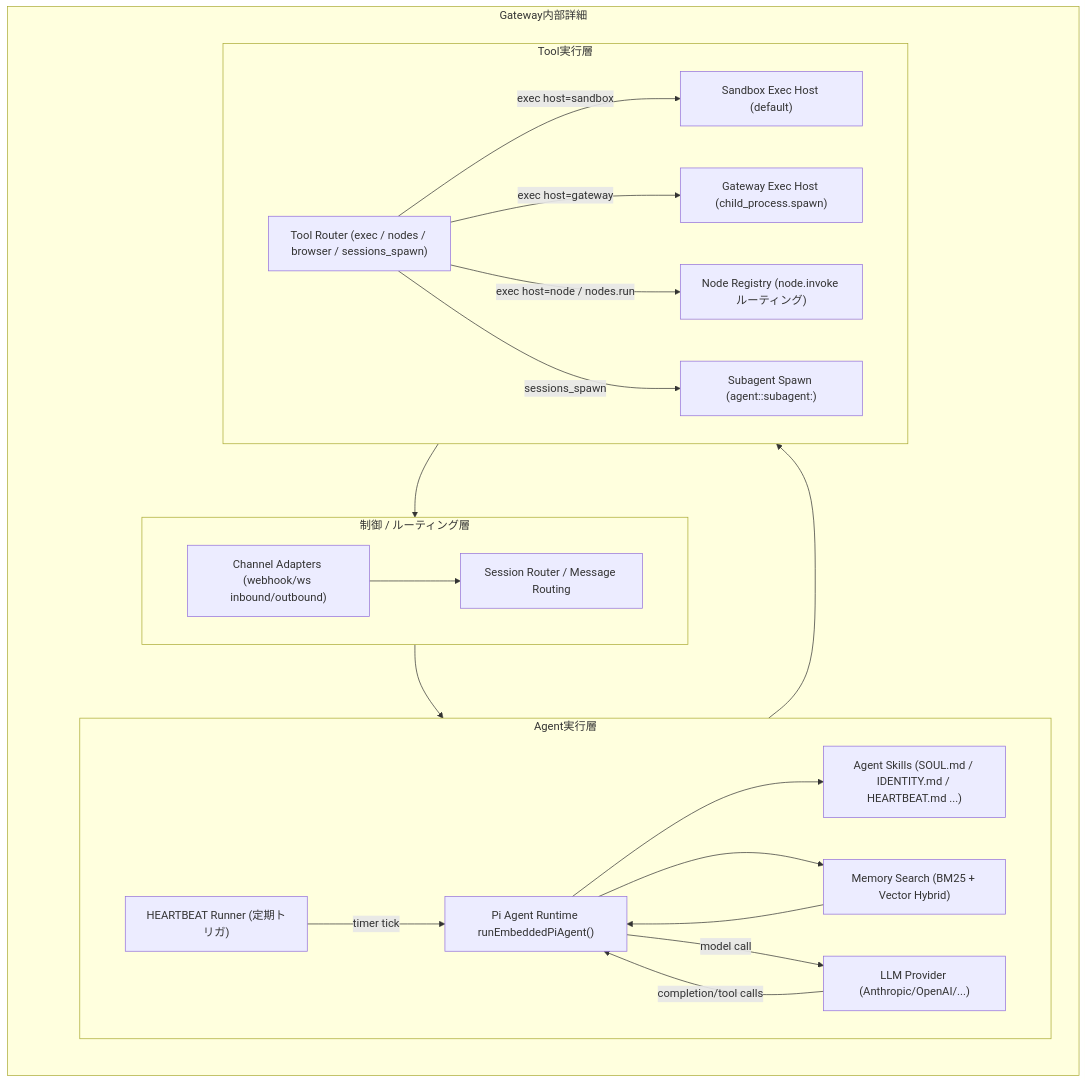
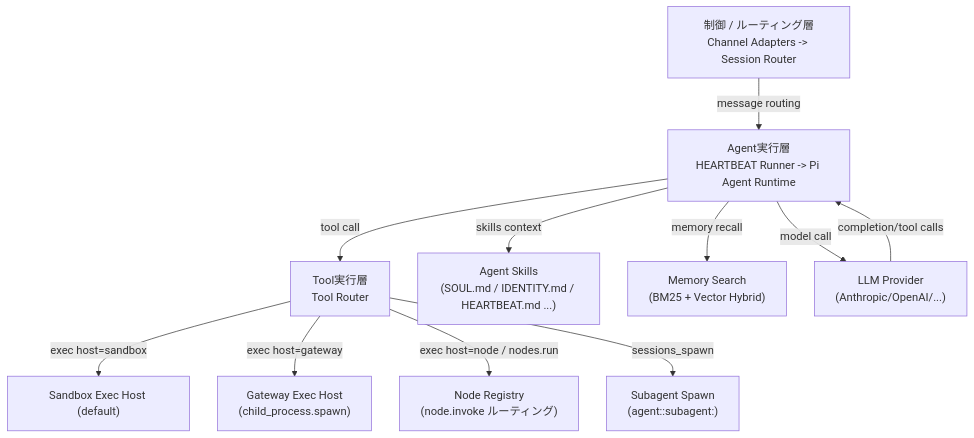
The second of 2 diagrams in doc/openclaw/architecture2.md (masahide/adjutant), drawn with Mermaid before and after one commit. The commit also changed other lines of this file, not shown here.

Commit message:
feat: Mermaid図の修正とエージェント実行層の詳細を整理

````diff
--- a/doc/openclaw/architecture2.md
+++ b/doc/openclaw/architecture2.md
@@ -86,51 +86,32 @@
 ```mermaid
 %%{init:{
-  "flowchart":{"htmlLabels":true,"useMaxWidth":true,"nodeSpacing":60,"rankSpacing":80},
-  "themeCSS":".cluster .nodeLabel{white-space:nowrap;} .node .nodeLabel{white-space:normal;}"
+  "flowchart":{"htmlLabels":true,"useMaxWidth":true,"nodeSpacing":40,"rankSpacing":50},
+  "themeCSS":".cluster .nodeLabel{white-space:nowrap;} .node .nodeLabel{white-space:nowrap;}"
 }}%%
 flowchart TD
-  subgraph Gateway["Gateway内部詳細"]
-    direction TB
+  Control["制御 / ルーティング層<br/>Channel Adapters -> Session Router"]
+  Agent["Agent実行層<br/>HEARTBEAT Runner -> Pi Agent Runtime"]
+  Tools["Tool実行層<br/>Tool Router"]
 
-    subgraph GControl["制御 / ルーティング層"]
-      direction LR
-      ChannelAdapters["Channel Adapters (webhook/ws inbound/outbound)"]
-      SessionRouter["Session Router / Message Routing"]
-    end
+  Control -->|message routing| Agent
+  Agent -->|tool call| Tools
 
-    subgraph GAgent["Agent実行層"]
-      direction LR
-      Heartbeat["HEARTBEAT Runner (定期トリガ)"]
-      AgentRuntime["Pi Agent Runtime runEmbeddedPiAgent()"]
-      Skills["Agent Skills (SOUL.md / IDENTITY.md / HEARTBEAT.md ...)"]
-      MemorySearch["Memory Search (BM25 + Vector Hybrid)"]
-      LLM["LLM Provider (Anthropic/OpenAI/...)"]
-    end
+  Skills["Agent Skills<br/>(SOUL.md / IDENTITY.md / HEARTBEAT.md ...)"]
+  MemorySearch["Memory Search<br/>(BM25 + Vector Hybrid)"]
+  LLM["LLM Provider<br/>(Anthropic/OpenAI/...)"]
 
-    subgraph GTools["Tool実行層"]
-      direction LR
-      ToolRouter["Tool Router (exec / nodes / browser / sessions_spawn)"]
-      SandboxExec["Sandbox Exec Host (default)"]
-      GatewayExec["Gateway Exec Host (child_process.spawn)"]
-      NodeRegistry["Node Registry (node.invoke ルーティング)"]
-      Subagent["Subagent Spawn (agent:<id>:subagent:<uuid>)"]
-    end
-  end
+  Agent -->|skills context| Skills
+  Agent -->|memory recall| MemorySearch
+  Agent -->|model call| LLM
+  LLM -->|completion/tool calls| Agent
 
-  ChannelAdapters --> SessionRouter
-  SessionRouter --> AgentRuntime
-  Heartbeat -->|timer tick| AgentRuntime
+  SandboxExec["Sandbox Exec Host (default)"]
+  GatewayExec["Gateway Exec Host<br/>(child_process.spawn)"]
+  NodeRegistry["Node Registry<br/>(node.invoke ルーティング)"]
+  Subagent["Subagent Spawn<br/>(agent:<id>:subagent:<uuid>)"]
 
-  AgentRuntime --> Skills
-  AgentRuntime --> MemorySearch
-  MemorySearch --> AgentRuntime
-  AgentRuntime -->|model call| LLM
-  LLM -->|completion/tool calls| AgentRuntime
-
-  AgentRuntime --> ToolRouter
-  ToolRouter -->|exec host=sandbox| SandboxExec
-  ToolRouter -->|exec host=gateway| GatewayExec
-  ToolRouter -->|exec host=node / nodes.run| NodeRegistry
-  ToolRouter -->|sessions_spawn| Subagent
-  Subagent --> SessionRouter
+  Tools -->|exec host=sandbox| SandboxExec
+  Tools -->|exec host=gateway| GatewayExec
+  Tools -->|exec host=node / nodes.run| NodeRegistry
+  Tools -->|sessions_spawn| Subagent
 ```
````
